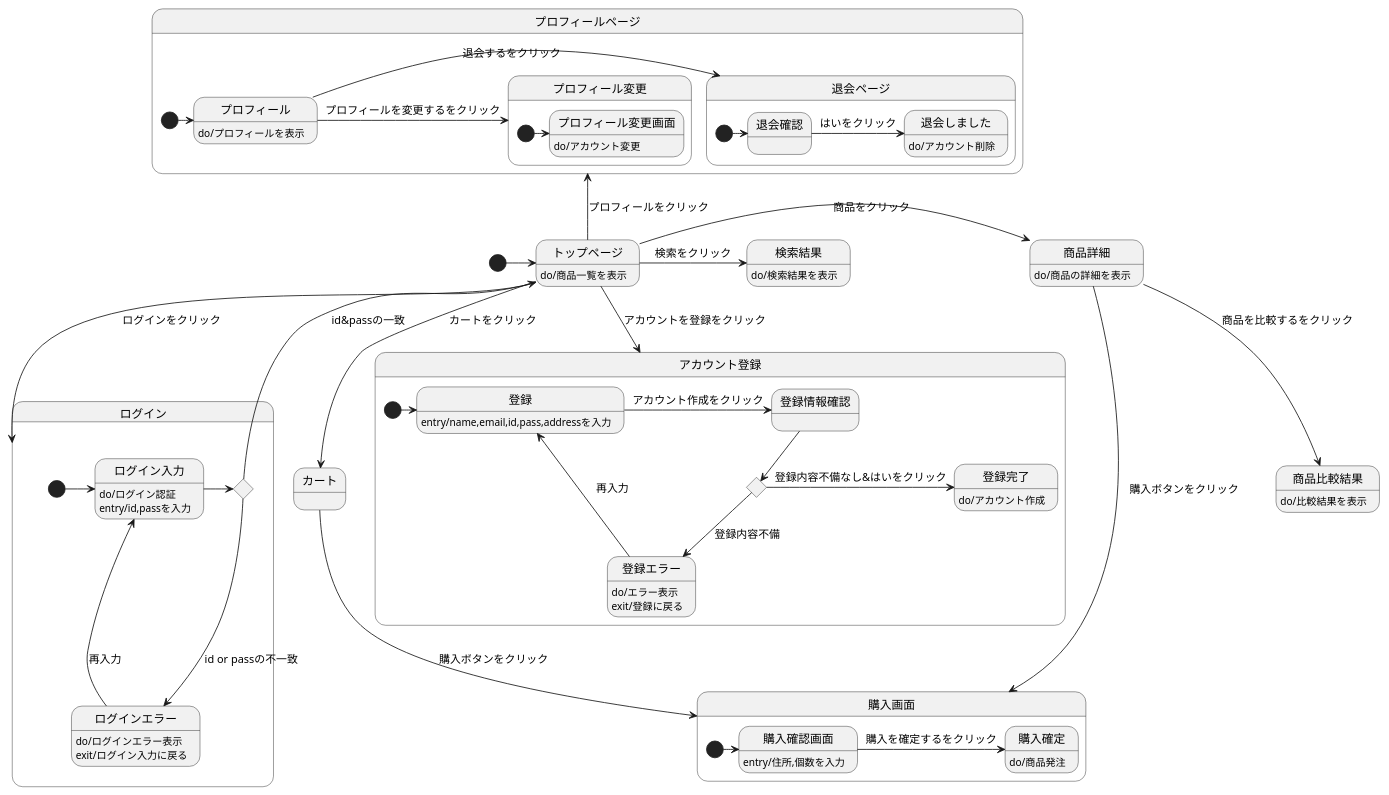
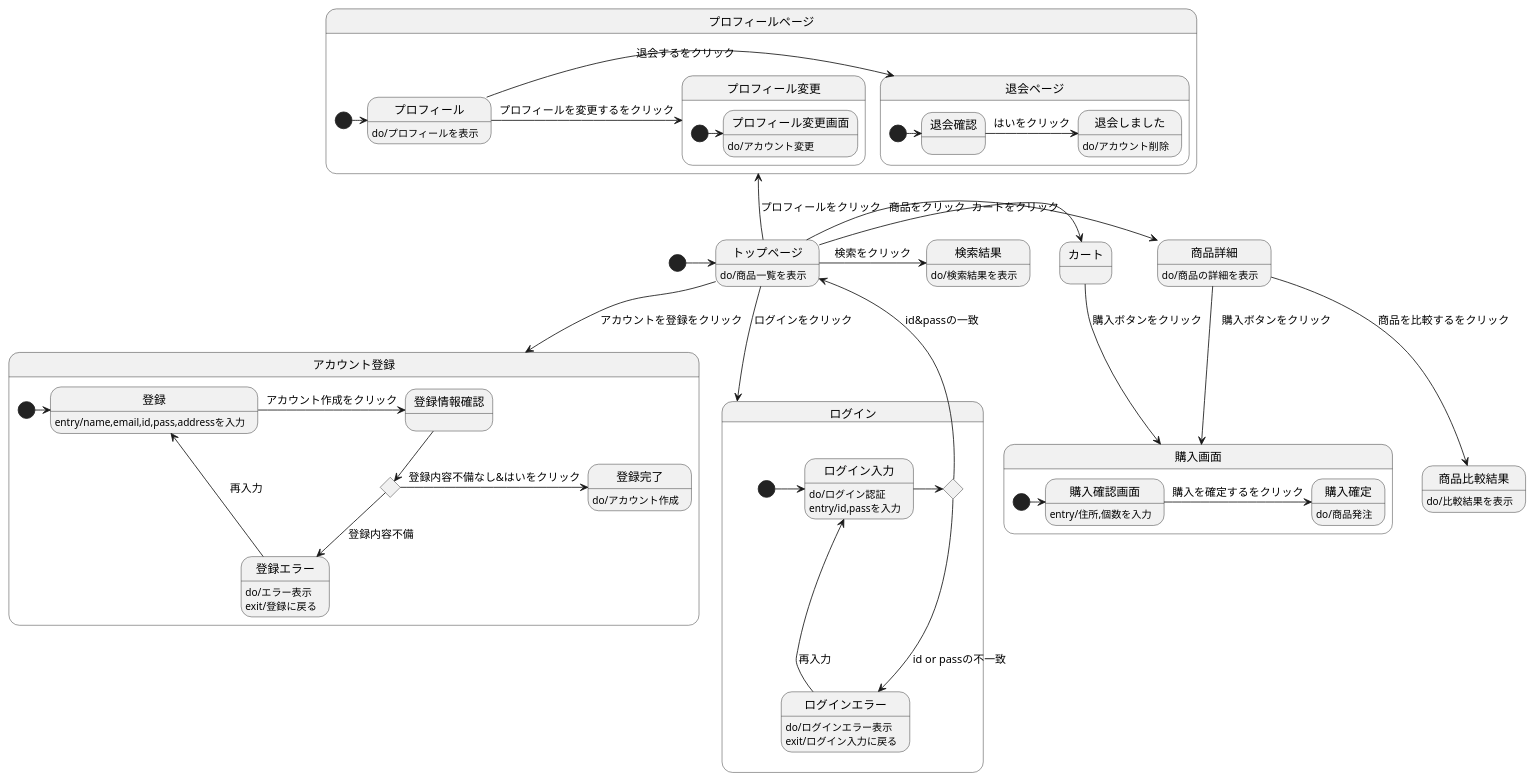
The diagram in stm01.md (Aso2001159/2021sys-design), drawn with PlantUML before and after one commit.

````diff
--- a/stm01.md
+++ b/stm01.md
@@ -1,67 +1,67 @@
 ```uml
 
 @startuml
 [*]->トップページ
 トップページ : do/商品一覧を表示
 トップページ->商品詳細 : 商品をクリック
   商品詳細 : do/商品の詳細を表示
   商品詳細 --> 商品比較結果 : 商品を比較するをクリック
   商品比較結果 : do/比較結果を表示
   商品詳細-> 購入画面 :　購入ボタンをクリック
 トップページ-down->ログイン :ログインをクリック
 state ログイン{
   state r確認 <<choice>>
   [*] -> ログイン入力 
   ログイン入力 : do/ログイン認証
   ログイン入力 : entry/id,passを入力
   ログイン入力 -> r確認
   r確認 -> トップページ : id&passの一致
    r確認 --> ログインエラー : id or passの不一致
     ログインエラー :do/ログインエラー表示
     ログインエラー : exit/ログイン入力に戻る
   ログインエラー -> ログイン入力 : 再入力
 
 }
-トップページ-->カート :カートをクリック
+トップページ->カート :カートをクリック
 カート --> 購入画面 : 購入ボタンをクリック
 state 購入画面{
   [*]-> 購入確認画面
   購入確認画面 : entry/住所,個数を入力
   購入確認画面 -> 購入確定 : 購入を確定するをクリック
   購入確定 : do/商品発注
 }
 state アカウント登録{
 [*]-> 登録 
   トップページ--> アカウント登録 :アカウントを登録をクリック
   state t確認 <<choice>>
   登録 : entry/name,email,id,pass,addressを入力
   登録 ->登録情報確認: アカウント作成をクリック
   登録情報確認 --> t確認 
   t確認 --> 登録エラー : 登録内容不備
     登録エラー : do/エラー表示
     登録エラー : exit/登録に戻る
    登録エラー -> 登録 : 再入力
   t確認 -> 登録完了: 登録内容不備なし&はいをクリック
     登録完了: do/アカウント作成
   }
 トップページ->検索結果 :検索をクリック
   検索結果 : do/検索結果を表示
 トップページ-up->プロフィールページ :プロフィールをクリック
 state プロフィールページ{
 [*] -> プロフィール
 プロフィール : do/プロフィールを表示
   プロフィール ->退会ページ :退会するをクリック
   state 退会ページ{
     [*]-> 退会確認 
     退会確認-> 退会しました : はいをクリック
       退会しました : do/アカウント削除
     }
     プロフィール -> プロフィール変更 : プロフィールを変更するをクリック
     state プロフィール変更{
       [*]-> プロフィール変更画面
       プロフィール変更画面 : do/アカウント変更
     }
  }
 @enduml
 
 ```
````
